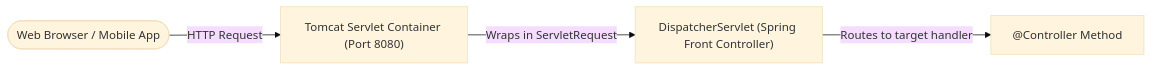
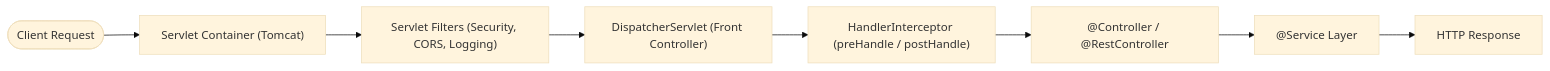
Before and after one commit to rohithgowda18/Notes: the fourth of 9 diagrams in 06-Java-and-Spring-Boot/02-Spring-Boot-and-Web-MVC.md, drawn with Mermaid (base theme). The commit also changed other lines of this file and 13 other files, not shown here.

Commit message:
docs: upgrade Spring Boot study guides to Spring Boot 3+, Spring 6, Security 6, Jakarta, and add architecture diagrams

````diff
--- a/06-Java-and-Spring-Boot/02-Spring-Boot-and-Web-MVC.md
+++ b/06-Java-and-Spring-Boot/02-Spring-Boot-and-Web-MVC.md
@@ -144,6 +192,10 @@
 ```mermaid
 flowchart LR
-    Browser(["Web Browser / Mobile App"]) -->|HTTP Request| Tomcat["Tomcat Servlet Container (Port 8080)"]
-    Tomcat -->|Wraps in ServletRequest| DS["DispatcherServlet (Spring Front Controller)"]
-    DS -->|Routes to target handler| Controller["@Controller Method"]
+    Client(["Client Request"]) --> Tomcat["Servlet Container (Tomcat)"]
+    Tomcat --> Filter["Servlet Filters (Security, CORS, Logging)"]
+    Filter --> DS["DispatcherServlet (Front Controller)"]
+    DS --> Interceptor["HandlerInterceptor (preHandle / postHandle)"]
+    Interceptor --> Controller["@Controller / @RestController"]
+    Controller --> Service["@Service Layer"]
+    Service --> Response["HTTP Response"]
 ```
````
